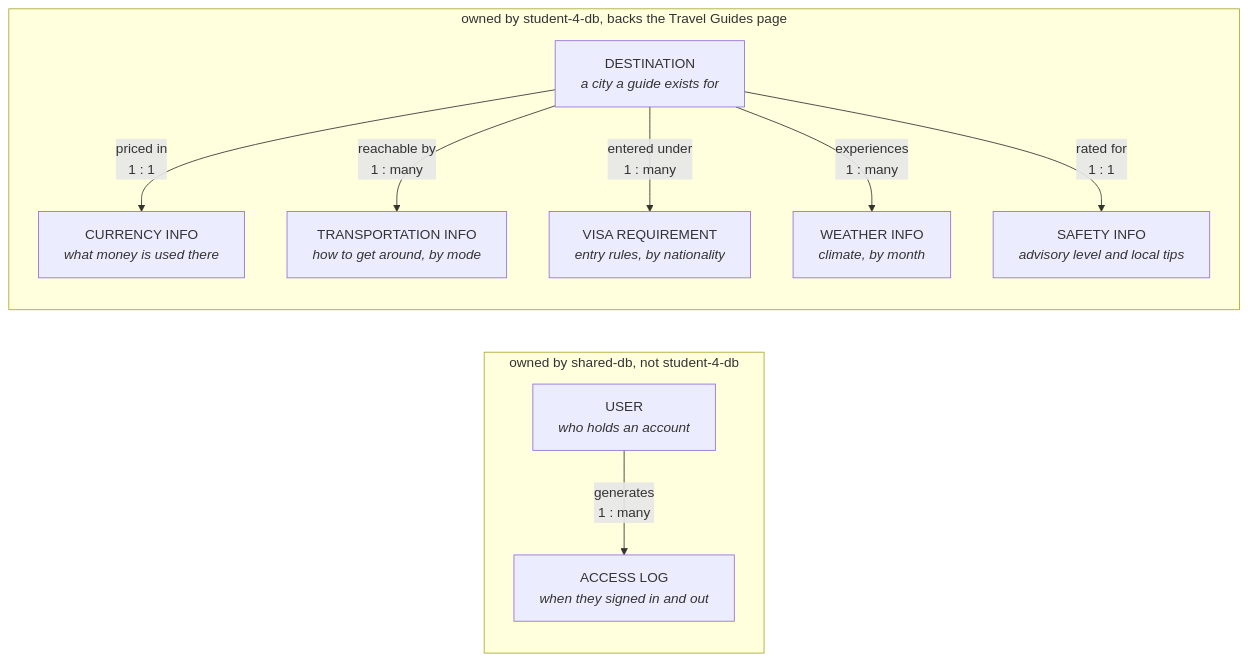
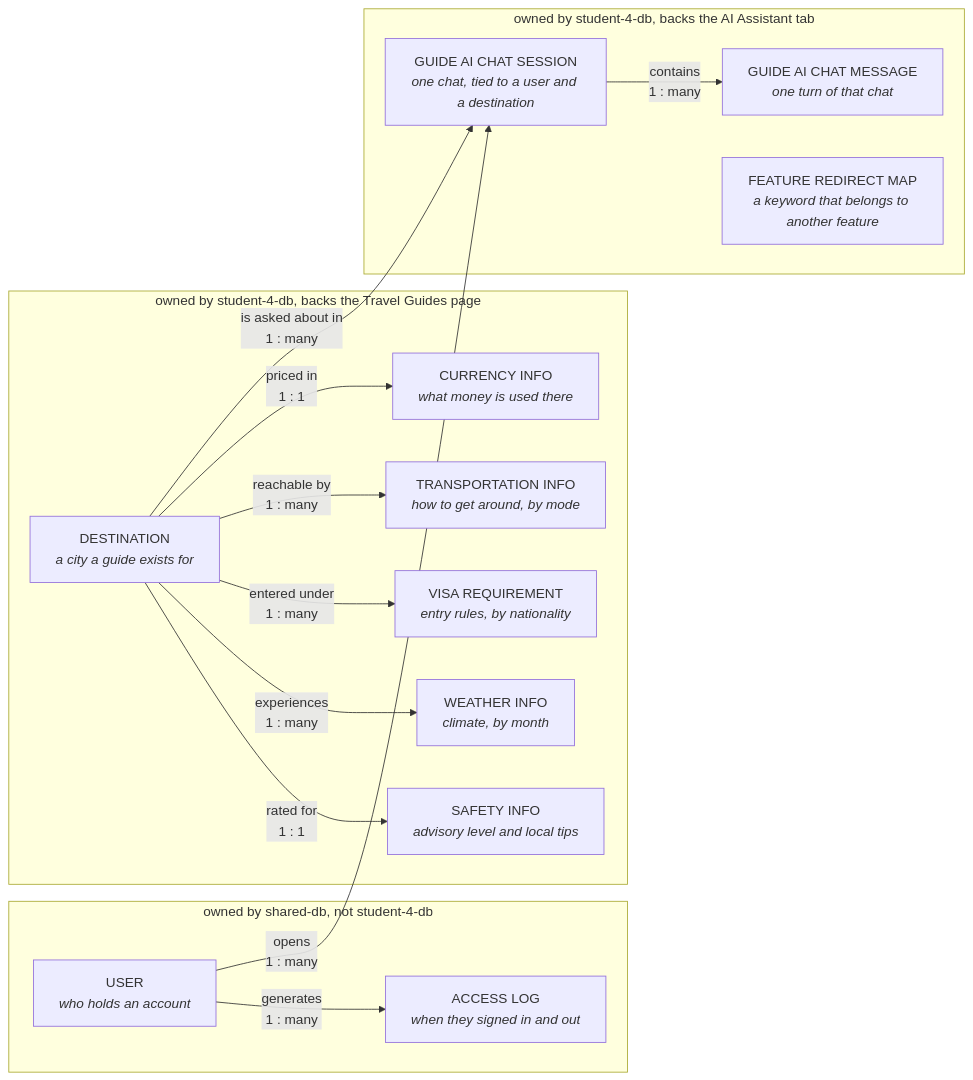
The diagram in docs/diagrams/student-4-conceptual.mmd (aurelia-sari/ads-assignment), drawn with Mermaid before and after one commit. The commit also changed 4 other files, not shown here.

```diff
--- a/docs/diagrams/student-4-conceptual.mmd
+++ b/docs/diagrams/student-4-conceptual.mmd
@@ -1,36 +1,50 @@
 %% student-4 - Conceptual data model.
 %% Entities and relationships only. No attributes, no keys, no types - those
 %% belong to the logical and physical models.
 
 graph LR
     U["USER<br/><i>who holds an account</i>"]
     L["ACCESS LOG<br/><i>when they signed in and out</i>"]
 
     U -->|"generates<br/>1 : many"| L
 
     subgraph Boundary["owned by shared-db, not student-4-db"]
         U
         L
     end
 
     D["DESTINATION<br/><i>a city a guide exists for</i>"]
     C["CURRENCY INFO<br/><i>what money is used there</i>"]
     T["TRANSPORTATION INFO<br/><i>how to get around, by mode</i>"]
     V["VISA REQUIREMENT<br/><i>entry rules, by nationality</i>"]
     W["WEATHER INFO<br/><i>climate, by month</i>"]
     S["SAFETY INFO<br/><i>advisory level and local tips</i>"]
 
     D -->|"priced in<br/>1 : 1"| C
     D -->|"reachable by<br/>1 : many"| T
     D -->|"entered under<br/>1 : many"| V
     D -->|"experiences<br/>1 : many"| W
     D -->|"rated for<br/>1 : 1"| S
 
     subgraph Guides["owned by student-4-db, backs the Travel Guides page"]
         D
         C
         T
         V
         W
         S
     end
+
+    SESS["GUIDE AI CHAT SESSION<br/><i>one chat, tied to a user and a destination</i>"]
+    MSG["GUIDE AI CHAT MESSAGE<br/><i>one turn of that chat</i>"]
+    RMAP["FEATURE REDIRECT MAP<br/><i>a keyword that belongs to another feature</i>"]
+
+    U -->|"opens<br/>1 : many"| SESS
+    D -->|"is asked about in<br/>1 : many"| SESS
+    SESS -->|"contains<br/>1 : many"| MSG
+
+    subgraph AI["owned by student-4-db, backs the AI Assistant tab"]
+        SESS
+        MSG
+        RMAP
+    end
```
